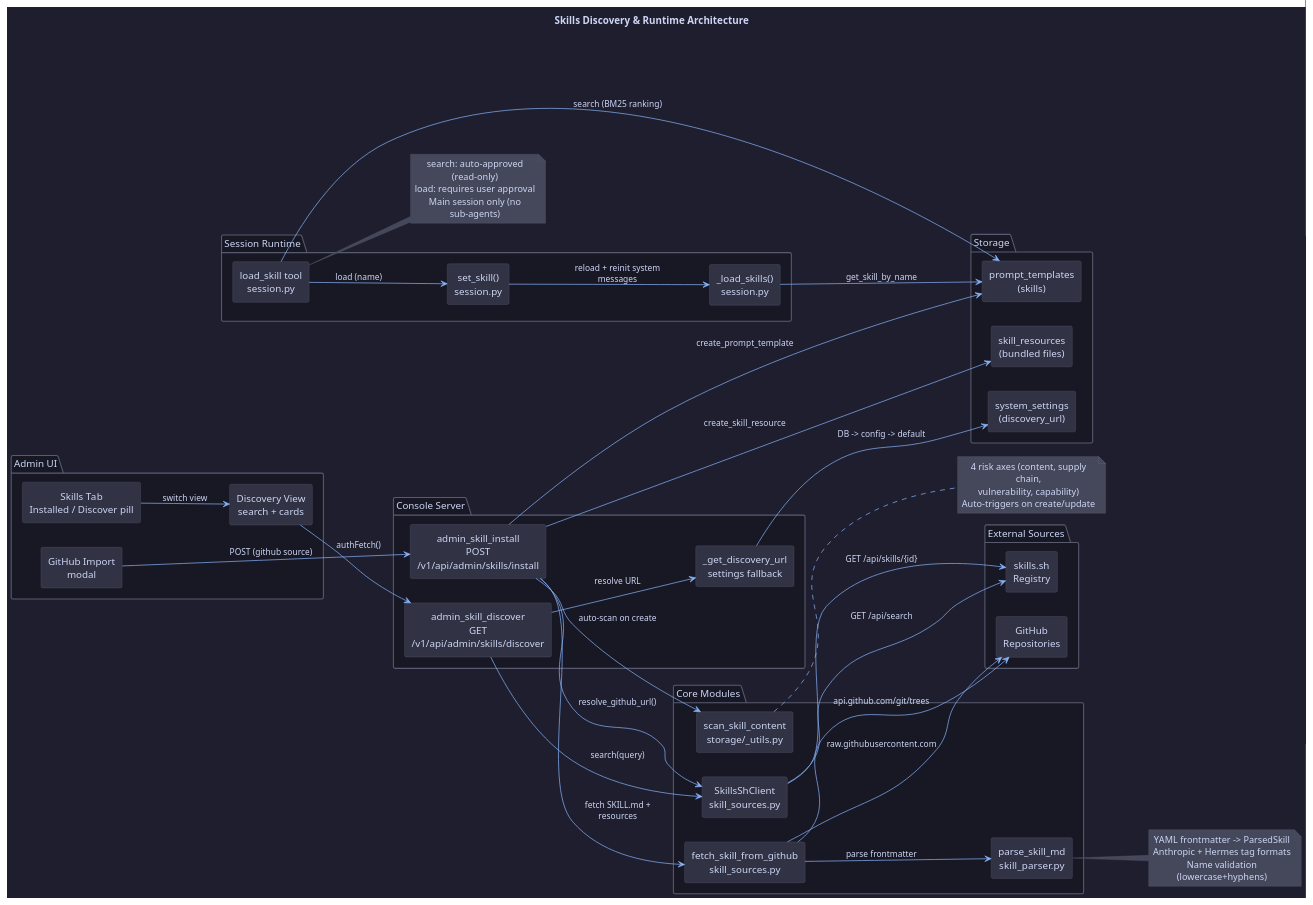
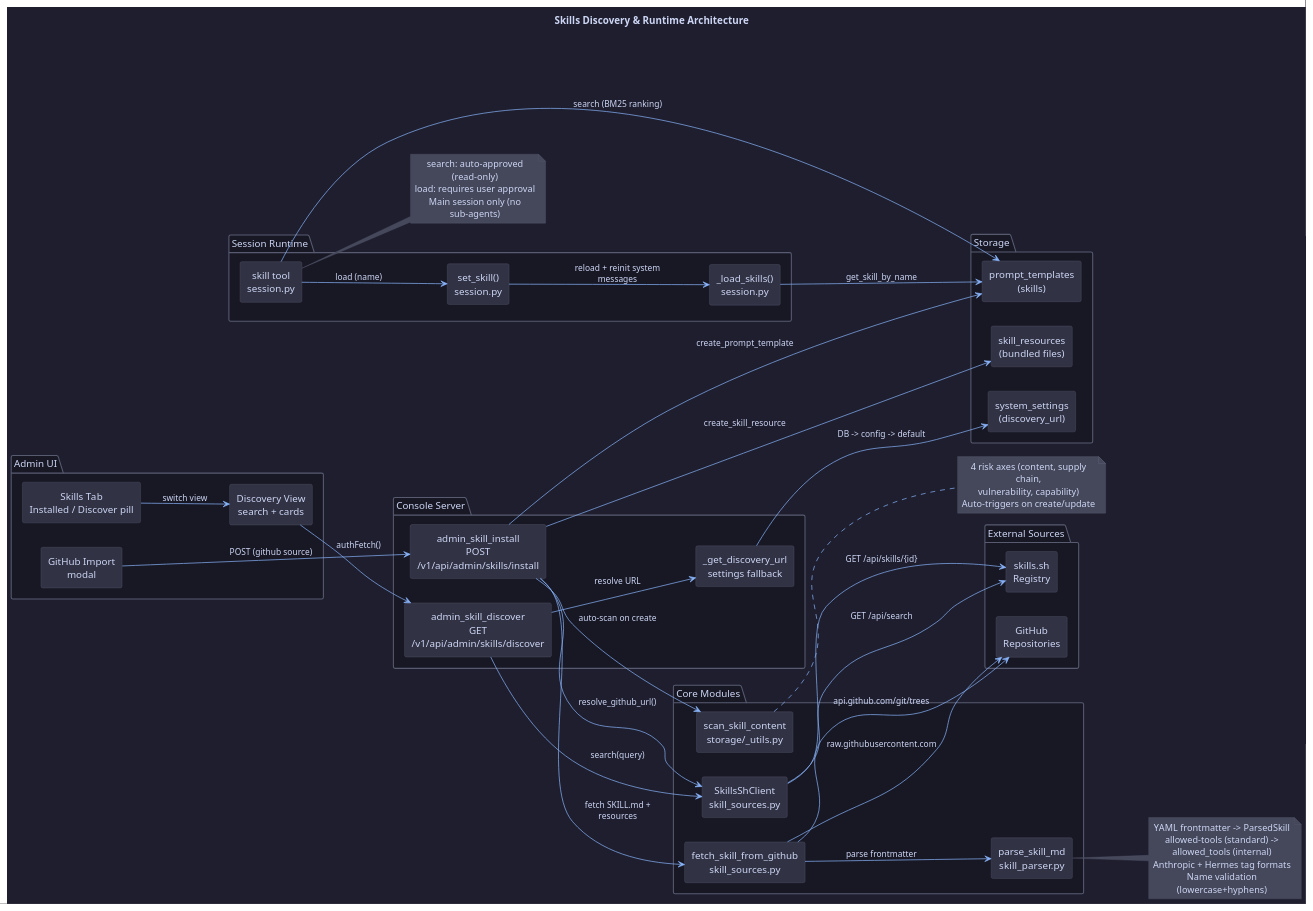
One commit to turnstonelabs/turnstone changed the diagram in docs/diagrams/26-skills-discovery-architecture.puml. Above: the diagram before and after it, drawn with PlantUML. The commit also changed 23 other files, not shown here.

```diff
--- a/docs/diagrams/26-skills-discovery-architecture.puml
+++ b/docs/diagrams/26-skills-discovery-architecture.puml
@@ -1,99 +1,100 @@
 @startuml
 !include https://raw.githubusercontent.com/plantuml-stdlib/C4-PlantUML/master/C4_Component.puml
 LAYOUT_LEFT_RIGHT()
 
 title Skills Discovery & Runtime Architecture
 
 skinparam backgroundColor #1e1e2e
 skinparam defaultFontColor #cdd6f4
 skinparam defaultFontName "JetBrains Mono"
 skinparam arrowColor #89b4fa
 skinparam rectangleBorderColor #585b70
 skinparam rectangleBackgroundColor #313244
 skinparam noteBorderColor #585b70
 skinparam noteBackgroundColor #45475a
 skinparam packageBorderColor #585b70
 
 package "External Sources" as ext #181825 {
   rectangle "skills.sh\nRegistry" as skillssh
   rectangle "GitHub\nRepositories" as github
 }
 
 package "Console Server" as console #181825 {
   rectangle "admin_skill_discover\nGET /v1/api/admin/skills/discover" as discover
   rectangle "admin_skill_install\nPOST /v1/api/admin/skills/install" as install
   rectangle "_get_discovery_url\nsettings fallback" as settings
 }
 
 package "Core Modules" as core #181825 {
   rectangle "SkillsShClient\nskill_sources.py" as client
   rectangle "fetch_skill_from_github\nskill_sources.py" as fetcher
   rectangle "parse_skill_md\nskill_parser.py" as parser
   rectangle "scan_skill_content\nstorage/_utils.py" as scanner
 }
 
 package "Session Runtime" as runtime #181825 {
-  rectangle "load_skill tool\nsession.py" as loadtool
+  rectangle "skill tool\nsession.py" as loadtool
   rectangle "set_skill()\nsession.py" as setskill
   rectangle "_load_skills()\nsession.py" as loadskills
 }
 
 package "Storage" as storage #181825 {
   rectangle "prompt_templates\n(skills)" as skills_table
   rectangle "skill_resources\n(bundled files)" as resources_table
   rectangle "system_settings\n(discovery_url)" as settings_table
 }
 
 package "Admin UI" as ui #181825 {
   rectangle "Skills Tab\nInstalled / Discover pill" as pill
   rectangle "Discovery View\nsearch + cards" as discoverui
   rectangle "GitHub Import\nmodal" as importui
 }
 
 ' External discovery flow
 discover --> settings : resolve URL
 settings --> settings_table : DB -> config -> default
 discover --> client : search(query)
 client --> skillssh : GET /api/search
 
 install --> client : resolve_github_url()
 client --> skillssh : GET /api/skills/{id}
 install --> fetcher : fetch SKILL.md + resources
 fetcher --> github : raw.githubusercontent.com
 fetcher --> github : api.github.com/git/trees
 fetcher --> parser : parse frontmatter
 install --> scanner : auto-scan on create
 install --> skills_table : create_prompt_template
 install --> resources_table : create_skill_resource
 
 ' Runtime skill loading flow
 loadtool --> skills_table : search (BM25 ranking)
 loadtool --> setskill : load (name)
 setskill --> loadskills : reload + reinit system messages
 loadskills --> skills_table : get_skill_by_name
 
 ' UI flow
 pill --> discoverui : switch view
 discoverui --> discover : authFetch()
 importui --> install : POST (github source)
 
 ' Annotations
 note right of parser
   YAML frontmatter -> ParsedSkill
+  allowed-tools (standard) -> allowed_tools (internal)
   Anthropic + Hermes tag formats
   Name validation (lowercase+hyphens)
 end note
 
 note right of loadtool
   search: auto-approved (read-only)
   load: requires user approval
   Main session only (no sub-agents)
 end note
 
 note right of scanner
   4 risk axes (content, supply chain,
   vulnerability, capability)
   Auto-triggers on create/update
 end note
 
 @enduml
```
